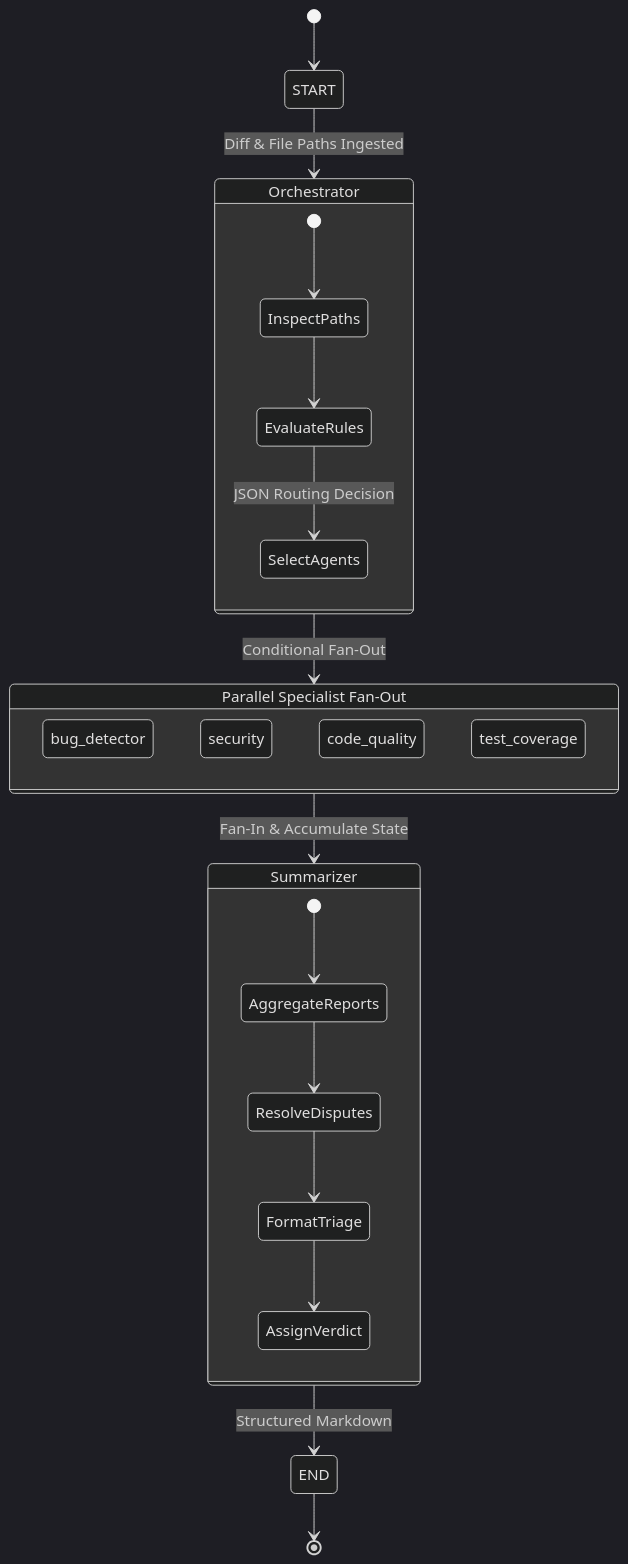
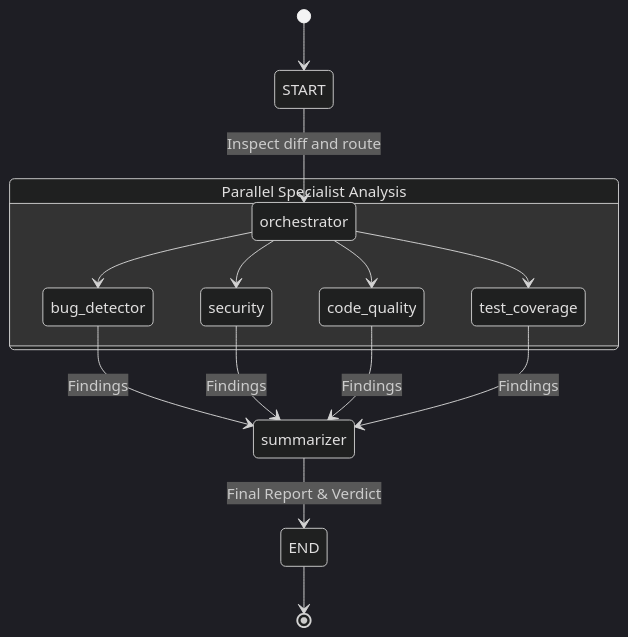
One commit to prakhar4651/SendraAI changed the second of 2 diagrams in README.md. Above: the diagram before and after it, drawn with Mermaid (dark theme). The commit also changed other lines of this file and 4 other files, not shown here.

````diff
--- a/README.md
+++ b/README.md
@@ -58,32 +127,20 @@
 ```mermaid
 stateDiagram-v2
     [*] --> START
-    START --> Orchestrator : Diff & File Paths Ingested
+    START --> orchestrator: Inspect diff and route
     
-    state Orchestrator {
-        [*] --> InspectPaths
-        InspectPaths --> EvaluateRules
-        EvaluateRules --> SelectAgents : JSON Routing Decision
+    state "Parallel Specialist Analysis" as ParallelAnalysis {
+        orchestrator --> bug_detector
+        orchestrator --> security
+        orchestrator --> code_quality
+        orchestrator --> test_coverage
     }
     
-    state "Parallel Specialist Fan-Out" as Specialists {
-        state "bug_detector" as BD
-        state "security" as SEC
-        state "code_quality" as CQ
-        state "test_coverage" as TC
-    }
+    bug_detector --> summarizer: Findings
+    security --> summarizer: Findings
+    code_quality --> summarizer: Findings
+    test_coverage --> summarizer: Findings
     
-    Orchestrator --> Specialists : Conditional Fan-Out
-    
-    Specialists --> Summarizer : Fan-In & Accumulate State
-    
-    state Summarizer {
-        [*] --> AggregateReports
-        AggregateReports --> ResolveDisputes
-        ResolveDisputes --> FormatTriage
-        FormatTriage --> AssignVerdict
-    }
-    
-    Summarizer --> END : Structured Markdown
+    summarizer --> END: Final Report & Verdict
     END --> [*]
 ```
````
